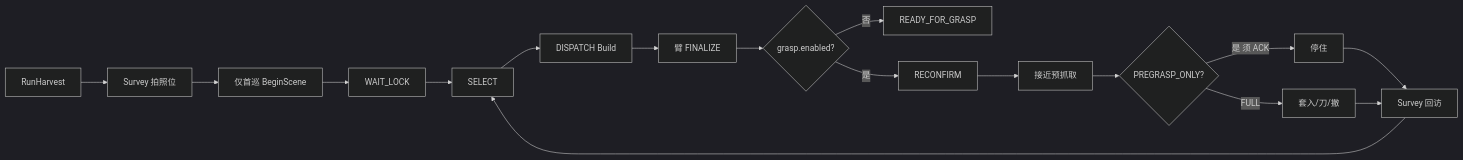
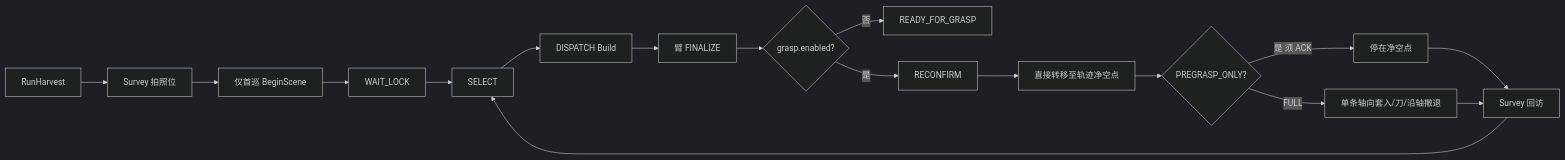
One commit to MUHAN11-c/aubo_boot changed the third of 3 diagrams in src/peach/peach_bringup/doc/architecture.md. Above: the diagram before and after it, drawn with Mermaid (dark theme). The commit also changed other lines of this file and 268 other files, not shown here.

````diff
--- a/src/peach/peach_bringup/doc/architecture.md
+++ b/src/peach/peach_bringup/doc/architecture.md
@@ -90,19 +190,19 @@
 ```mermaid
 flowchart LR
   run[RunHarvest] --> survey[Survey 拍照位]
   survey --> begin[仅首巡 BeginScene]
   begin --> lock[WAIT_LOCK]
   lock --> sel[SELECT]
   sel --> disp[DISPATCH Build]
   disp --> fin[臂 FINALIZE]
   fin --> grasp{grasp.enabled?}
   grasp -->|否| ready[READY_FOR_GRASP]
   grasp -->|是| rec[RECONFIRM]
-  rec --> app[接近预抓取]
+  rec --> app[直接转移至轨迹净空点]
   app --> mode{PREGRASP_ONLY?}
-  mode -->|是 须 ACK| ack[停住]
-  mode -->|FULL| sleeve[套入/刀/撤]
+  mode -->|是 须 ACK| ack[停在净空点]
+  mode -->|FULL| sleeve[单条轴向套入/刀/沿轴撤退]
   ack --> revisit[Survey 回访]
   sleeve --> revisit
   revisit --> sel
 ```
````
